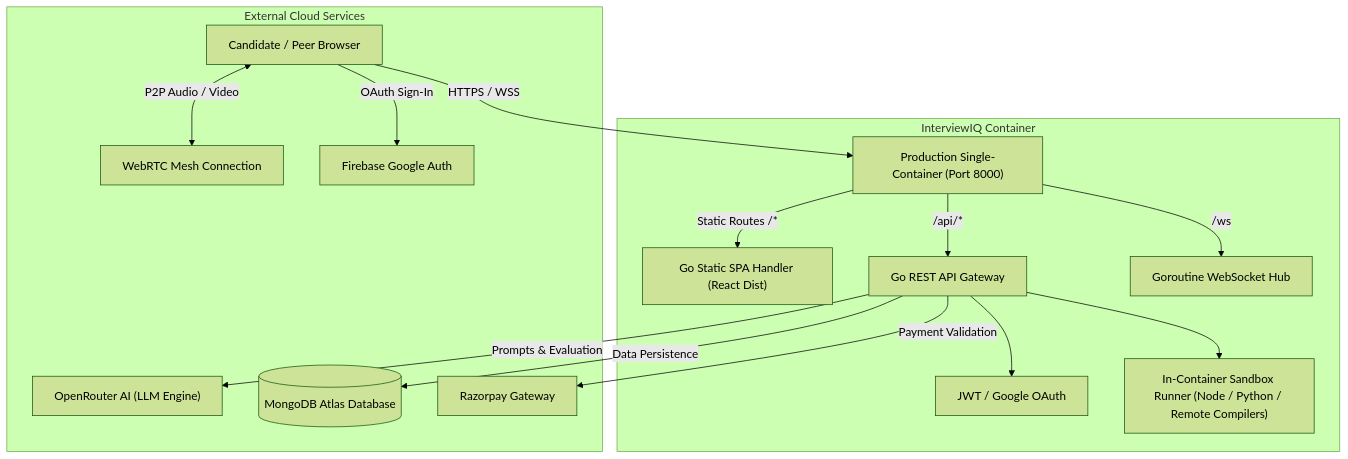
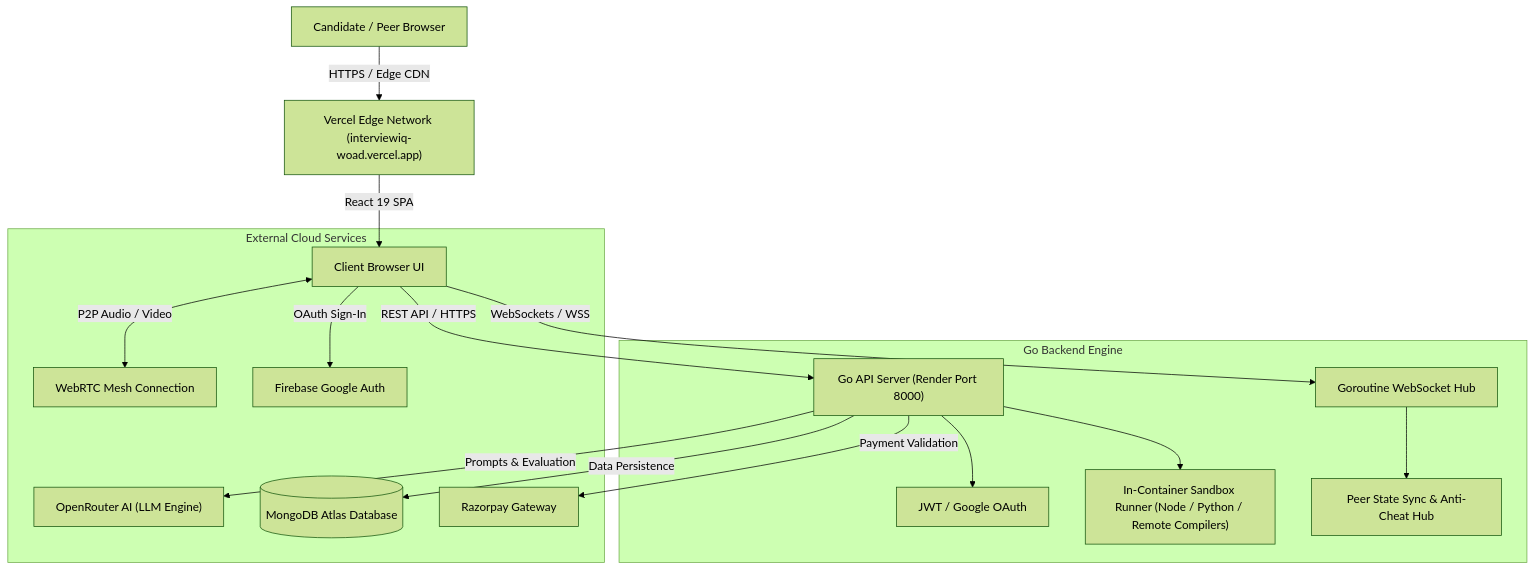
Before and after one commit to Shivampal157/interviewiq: the diagram in README.md, drawn with Mermaid (forest theme). The commit also changed other lines of this file, not shown here.

Commit message:
docs: set live Vercel link https://interviewiq-woad.vercel.app as primary production deployment

````diff
--- a/README.md
+++ b/README.md
@@ -98,21 +104,22 @@
 ```mermaid
 graph TD
-    User["Candidate / Peer Browser"] -->|HTTPS / WSS| Ingress["Production Single-Container (Port 8000)"]
+    User["Candidate / Peer Browser"] -->|HTTPS / Edge CDN| Vercel["Vercel Edge Network (interviewiq-woad.vercel.app)"]
+    Vercel -->|React 19 SPA| BrowserUI["Client Browser UI"]
     
-    subgraph "InterviewIQ Container"
-        Ingress -->|Static Routes /*| SPAServer["Go Static SPA Handler (React Dist)"]
-        Ingress -->|/api/*| APIRoutes["Go REST API Gateway"]
-        Ingress -->|/ws| WSHub["Goroutine WebSocket Hub"]
-        
-        APIRoutes --> AuthModule["JWT / Google OAuth"]
-        APIRoutes --> SandboxRunner["In-Container Sandbox Runner (Node / Python / Remote Compilers)"]
+    BrowserUI -->|REST API / HTTPS| GoAPI["Go API Server (Render Port 8000)"]
+    BrowserUI -->|WebSockets / WSS| WSHub["Goroutine WebSocket Hub"]
+    
+    subgraph "Go Backend Engine"
+        GoAPI --> AuthModule["JWT / Google OAuth"]
+        GoAPI --> SandboxRunner["In-Container Sandbox Runner (Node / Python / Remote Compilers)"]
+        WSHub --> RoomBroadcast["Peer State Sync & Anti-Cheat Hub"]
     end
     
     subgraph "External Cloud Services"
-        APIRoutes -->|Prompts & Evaluation| OpenRouter["OpenRouter AI (LLM Engine)"]
-        APIRoutes -->|Data Persistence| MongoCluster[("MongoDB Atlas Database")]
-        APIRoutes -->|Payment Validation| Razorpay["Razorpay Gateway"]
-        User <-->|P2P Audio / Video| WebRTC["WebRTC Mesh Connection"]
-        User -->|OAuth Sign-In| Firebase["Firebase Google Auth"]
+        GoAPI -->|Prompts & Evaluation| OpenRouter["OpenRouter AI (LLM Engine)"]
+        GoAPI -->|Data Persistence| MongoCluster[("MongoDB Atlas Database")]
+        GoAPI -->|Payment Validation| Razorpay["Razorpay Gateway"]
+        BrowserUI <-->|P2P Audio / Video| WebRTC["WebRTC Mesh Connection"]
+        BrowserUI -->|OAuth Sign-In| Firebase["Firebase Google Auth"]
     end
 ```
````
